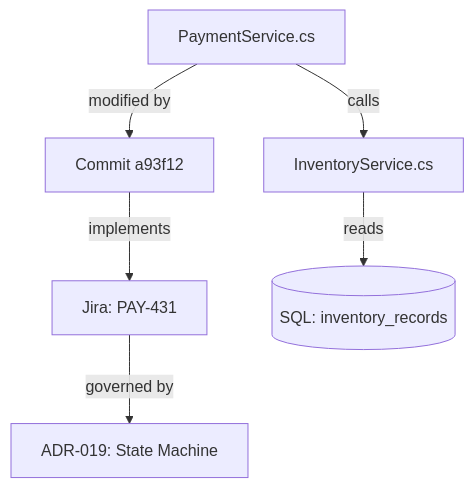
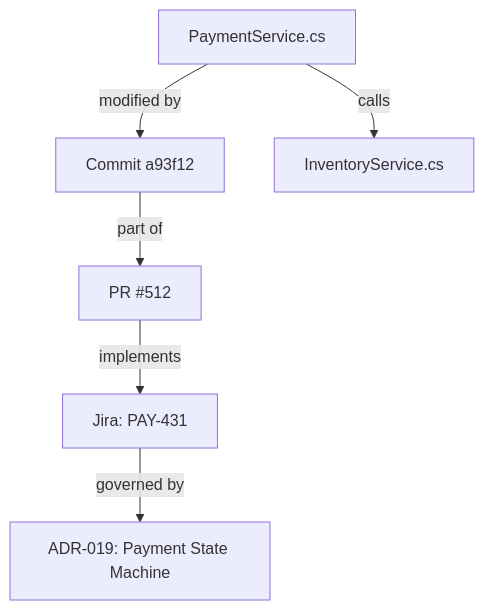
One commit to tomek-anuszkiewicz/obsidian-devnotes changed the diagram in 04 Prompts, Context & Models/RAG & Retrieval/Retrieval-Augmented Generation and Context Architecture.md. Above: the diagram before and after it, drawn with Mermaid. The commit also changed other lines of this file and 218 other files, not shown here.

````diff
--- a/04 Prompts, Context & Models/RAG & Retrieval/Retrieval-Augmented Generation and Context Architecture.md
+++ b/04 Prompts, Context & Models/RAG & Retrieval/Retrieval-Augmented Generation and Context Architecture.md
@@ -144,8 +283,8 @@
 ```mermaid
 graph TD
-    PS["PaymentService.cs"] -->|calls| IS["InventoryService.cs"]
-    PS -->|modified by| C["Commit a93f12"]
-    C -->|implements| J["Jira: PAY-431"]
-    J -->|governed by| ADR["ADR-019: State Machine"]
-    IS -->|reads| DB[("SQL: inventory_records")]
+    PS["PaymentService.cs"] -->|modified by| C["Commit a93f12"]
+    C -->|part of| PR["PR #512"]
+    PR -->|implements| J["Jira: PAY-431"]
+    J -->|governed by| ADR["ADR-019: Payment State Machine"]
+    PS -->|calls| IS["InventoryService.cs"]
 ```
````
